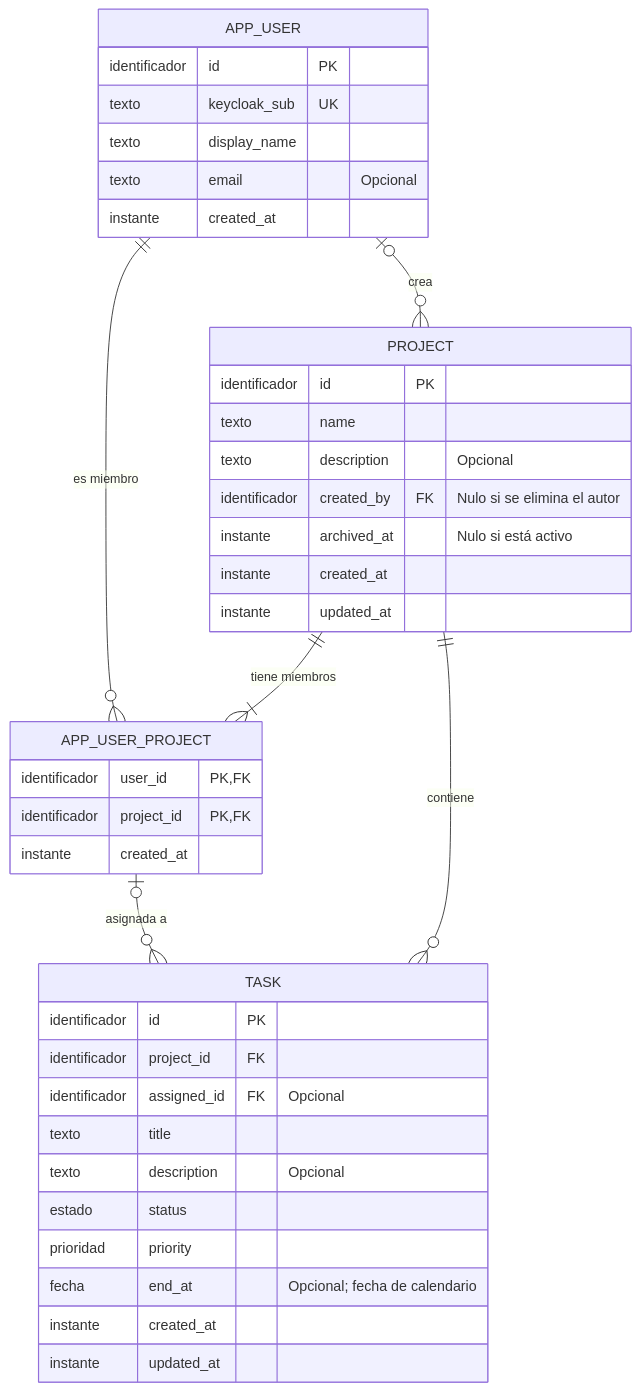
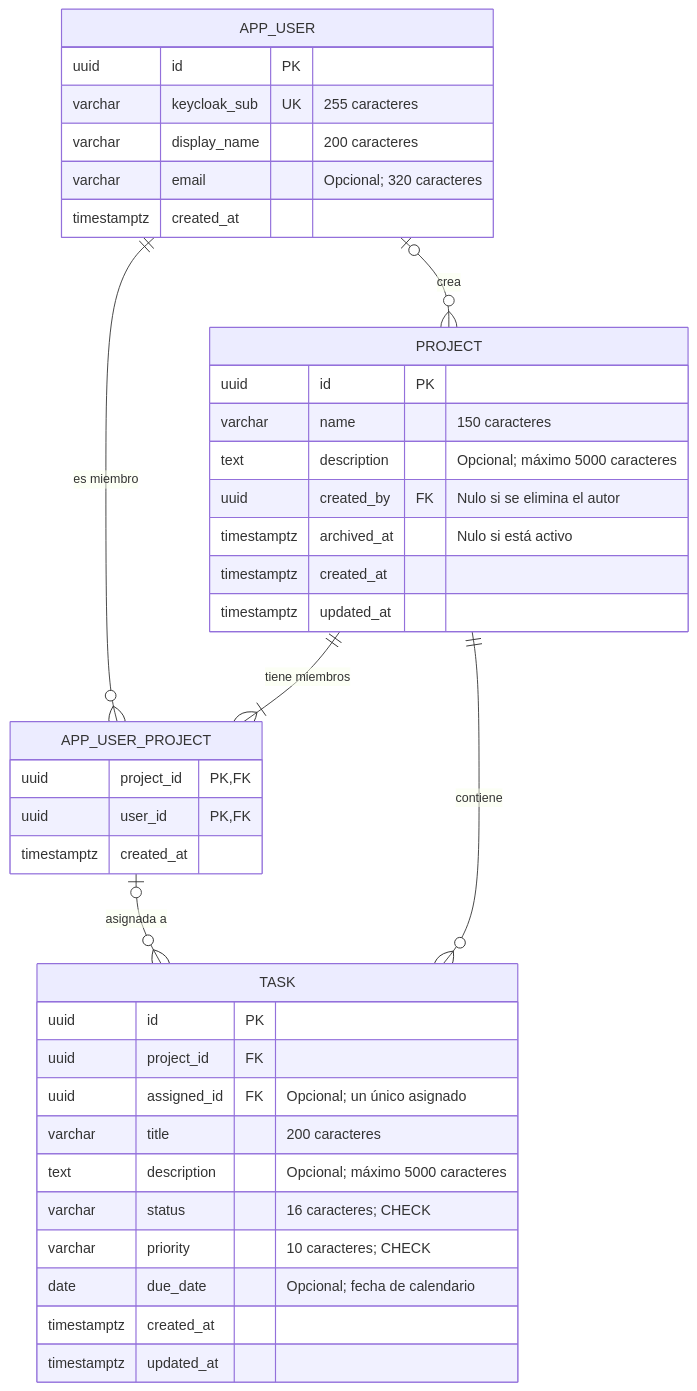
Before and after one commit to djacobo-hiberuscom/taskflow-onboarding: the diagram in docs/03-architecture/database.md, drawn with Mermaid. The commit also changed other lines of this file and 8 other files, not shown here.

````diff
--- a/docs/03-architecture/database.md
+++ b/docs/03-architecture/database.md
@@ -29,45 +32,45 @@
 ```mermaid
 erDiagram
     APP_USER ||--o{ APP_USER_PROJECT : "es miembro"
     PROJECT ||--|{ APP_USER_PROJECT : "tiene miembros"
     PROJECT ||--o{ TASK : contiene
     APP_USER |o--o{ PROJECT : crea
     APP_USER_PROJECT |o--o{ TASK : "asignada a"
 
     APP_USER {
-        identificador id PK
-        texto keycloak_sub UK
-        texto display_name
-        texto email "Opcional"
-        instante created_at
+        uuid id PK
+        varchar keycloak_sub UK "255 caracteres"
+        varchar display_name "200 caracteres"
+        varchar email "Opcional; 320 caracteres"
+        timestamptz created_at
     }
 
     PROJECT {
-        identificador id PK
-        texto name
-        texto description "Opcional"
-        identificador created_by FK "Nulo si se elimina el autor"
-        instante archived_at "Nulo si está activo"
-        instante created_at
-        instante updated_at
+        uuid id PK
+        varchar name "150 caracteres"
+        text description "Opcional; máximo 5000 caracteres"
+        uuid created_by FK "Nulo si se elimina el autor"
+        timestamptz archived_at "Nulo si está activo"
+        timestamptz created_at
+        timestamptz updated_at
     }
 
     APP_USER_PROJECT {
-        identificador user_id PK, FK
-        identificador project_id PK, FK
-        instante created_at
+        uuid project_id PK, FK
+        uuid user_id PK, FK
+        timestamptz created_at
     }
 
     TASK {
-        identificador id PK
-        identificador project_id FK
-        identificador assigned_id FK "Opcional"
-        texto title
-        texto description "Opcional"
-        estado status
-        prioridad priority
-        fecha end_at "Opcional; fecha de calendario"
-        instante created_at
-        instante updated_at
+        uuid id PK
+        uuid project_id FK
+        uuid assigned_id FK "Opcional; un único asignado"
+        varchar title "200 caracteres"
+        text description "Opcional; máximo 5000 caracteres"
+        varchar status "16 caracteres; CHECK"
+        varchar priority "10 caracteres; CHECK"
+        date due_date "Opcional; fecha de calendario"
+        timestamptz created_at
+        timestamptz updated_at
     }
 ```
````
